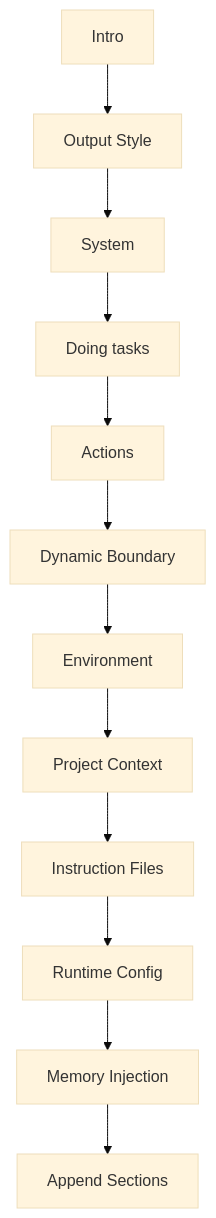
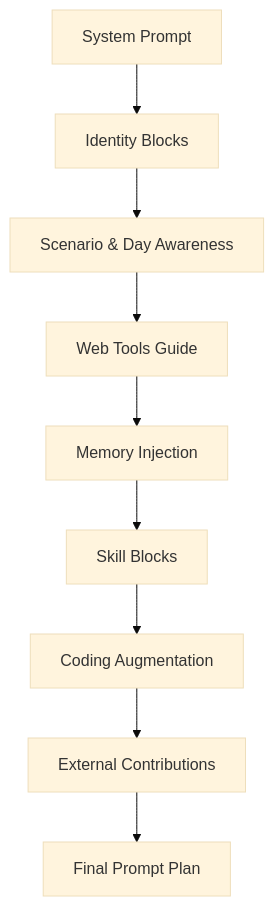
One commit to novolei/if2Ai changed the third of 6 diagrams in .qoder/repowiki/en/content/Backend System (Rust)/Module Architecture & Design/Application Layer/Prompt Planner.md. Above: the diagram before and after it, drawn with Mermaid (base theme). The commit also changed other lines of this file and 124 other files, not shown here.

````diff
--- a/.qoder/repowiki/en/content/Backend System (Rust)/Module Architecture & Design/Application Layer/Prompt Planner.md
+++ b/.qoder/repowiki/en/content/Backend System (Rust)/Module Architecture & Design/Application Layer/Prompt Planner.md
@@ -161,14 +184,11 @@
 ```mermaid
 flowchart TD
-A["Intro"] --> B["Output Style"]
-B --> C["System"]
-C --> D["Doing tasks"]
-D --> E["Actions"]
-E --> F["Dynamic Boundary"]
-F --> G["Environment"]
-G --> H["Project Context"]
-H --> I["Instruction Files"]
-I --> J["Runtime Config"]
-J --> K["Memory Injection"]
-K --> L["Append Sections"]
+A["System Prompt"] --> B["Identity Blocks"]
+B --> C["Scenario & Day Awareness"]
+C --> D["Web Tools Guide"]
+D --> E["Memory Injection"]
+E --> F["Skill Blocks"]
+F --> G["Coding Augmentation"]
+G --> H["External Contributions"]
+H --> I["Final Prompt Plan"]
 ```
````
